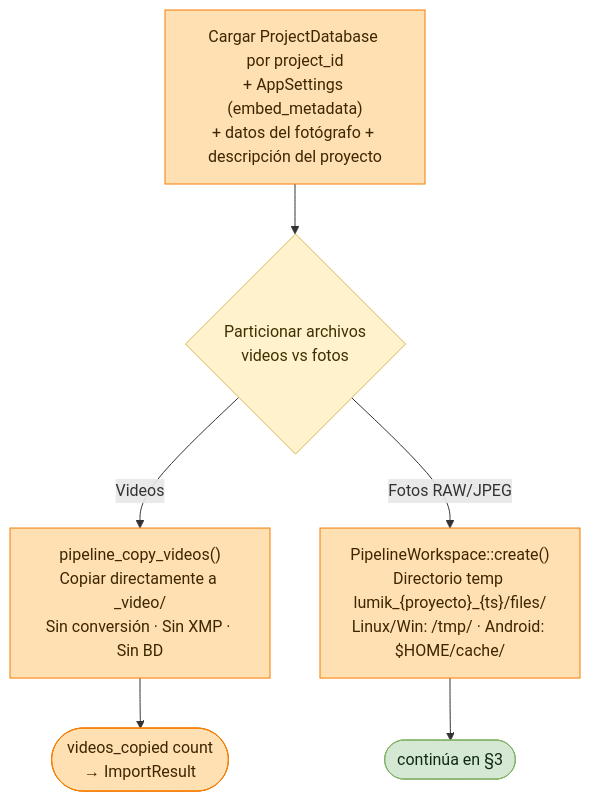
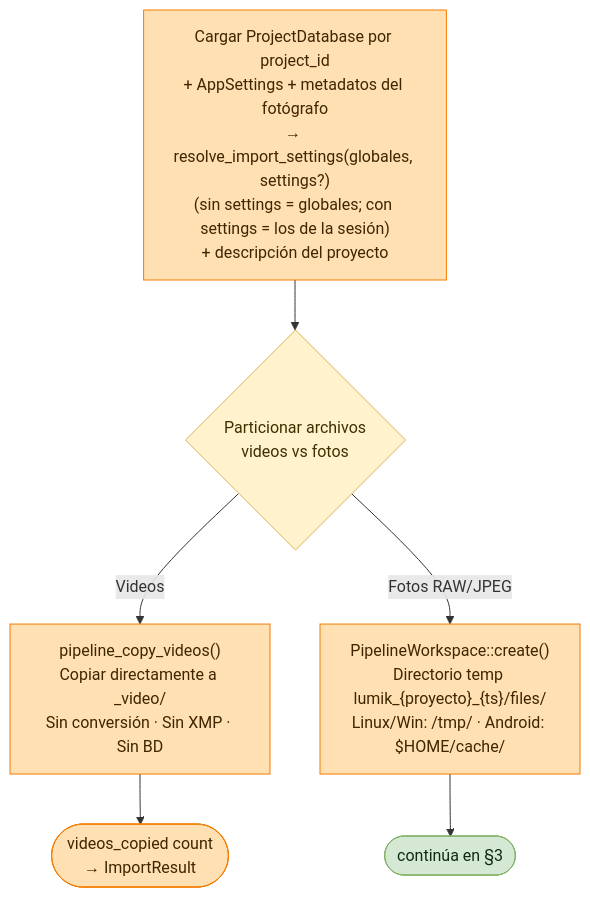
One commit to everitosan/lumik changed the third of 7 diagrams in docs/useCases/flujo-importar-imagenes.md. Above: the diagram before and after it, drawn with Mermaid. The commit also changed other lines of this file and 20 other files, not shown here.

````diff
--- a/docs/useCases/flujo-importar-imagenes.md
+++ b/docs/useCases/flujo-importar-imagenes.md
@@ -72,20 +72,20 @@
 ```mermaid
 flowchart TD
-    be_load["Cargar ProjectDatabase por project_id<br/>+ AppSettings (embed_metadata)<br/>+ datos del fotógrafo + descripción del proyecto"]
+    be_load["Cargar ProjectDatabase por project_id<br/>+ AppSettings + metadatos del fotógrafo<br/>→ resolve_import_settings(globales, settings?)<br/>(sin settings = globales; con settings = los de la sesión)<br/>+ descripción del proyecto"]
     part{"Particionar archivos<br/>videos vs fotos"}
     video_copy["pipeline_copy_videos()<br/>Copiar directamente a _video/<br/>Sin conversión · Sin XMP · Sin BD"]
     video_done(["videos_copied count<br/>→ ImportResult"])
     ws["PipelineWorkspace::create()<br/>Directorio temp lumik_{proyecto}_{ts}/files/<br/>Linux/Win: /tmp/ · Android: $HOME/cache/"]
     next(["continúa en §3"])
 
     be_load --> part
     part -->|Videos| video_copy --> video_done
     part -->|Fotos RAW/JPEG| ws --> next
 
     classDef term fill:#d5e8d4,stroke:#82b366,color:#102a12
     classDef be fill:#ffe0b2,stroke:#f57c00,color:#3d2600
     classDef dec fill:#fff2cc,stroke:#d6b656,color:#3d3100
     class next term
     class be_load,video_copy,video_done,ws be
     class part dec
 ```
````
